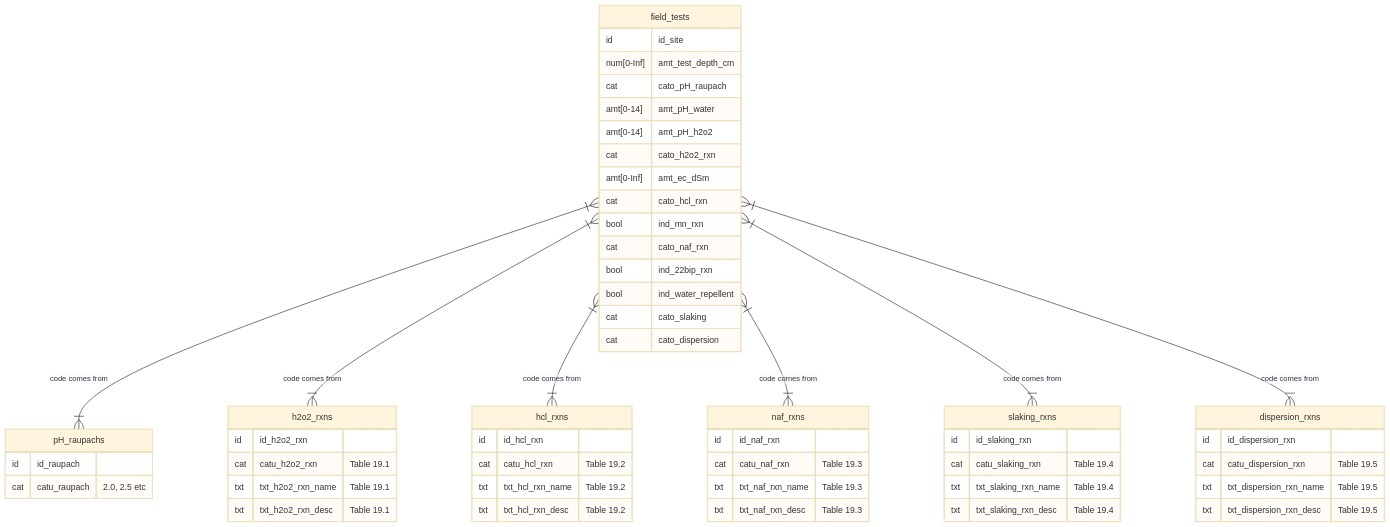
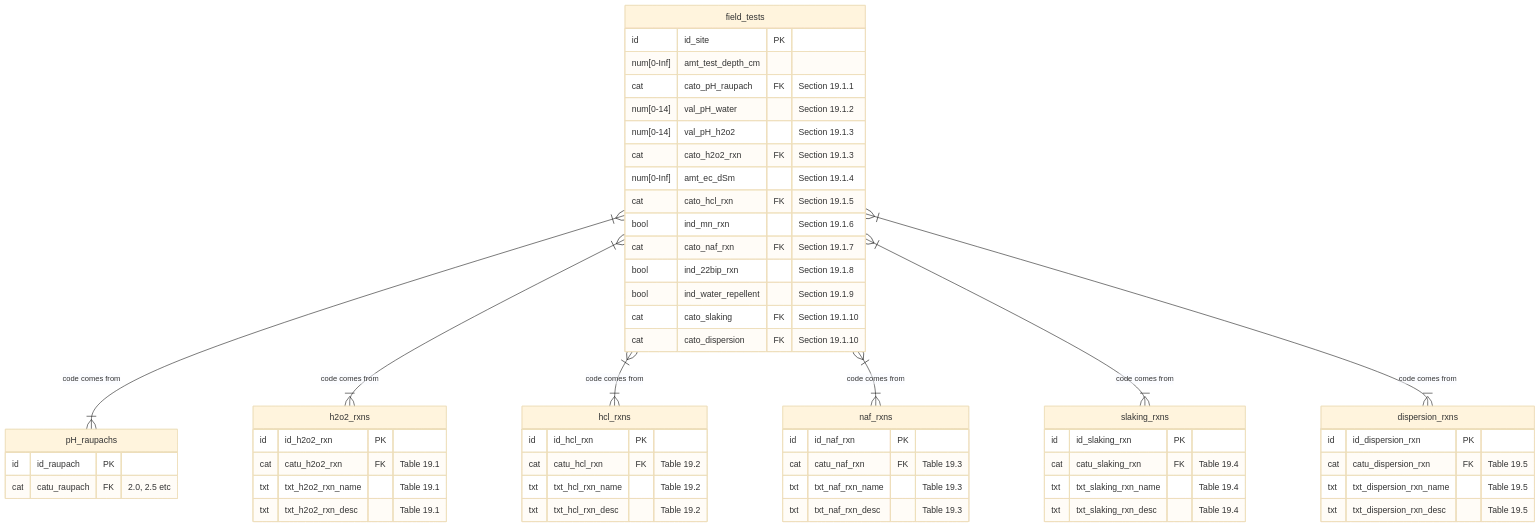
One commit to manaakiwhenua/NZ_soildesc_2024 changed diagram 21 of 25 in ap_03_database_design.qmd. Above: the diagram before and after it, drawn with Mermaid (base theme). The commit also changed other lines of this file, not shown here.

````diff
--- a/ap_03_database_design.qmd
+++ b/ap_03_database_design.qmd
@@ -1415,70 +1425,70 @@
 ```{mermaid}
 %%| fig-cap: "Horizon field tests - Details"
 
 %%{ init: { 'er': { 'layoutDirection': 'LR' } } }%%
 erDiagram
   field_tests }|--|{ pH_raupachs : "code comes from"
   field_tests }|--|{ h2o2_rxns : "code comes from"
   field_tests }|--|{ hcl_rxns : "code comes from"
   field_tests }|--|{ naf_rxns : "code comes from"
   field_tests }|--|{ slaking_rxns : "code comes from"
   field_tests }|--|{ dispersion_rxns : "code comes from"
   
   field_tests {
-    id          id_site
+    id          id_site PK
     num[0-Inf]  amt_test_depth_cm
-    cat         cato_pH_raupach
-    amt[0-14]   amt_pH_water
-    amt[0-14]   amt_pH_h2o2
-    cat         cato_h2o2_rxn
-    amt[0-Inf]  amt_ec_dSm
-    cat         cato_hcl_rxn
-    bool        ind_mn_rxn
-    cat         cato_naf_rxn
-    bool        ind_22bip_rxn
-    bool        ind_water_repellent
-    cat         cato_slaking
-    cat         cato_dispersion
+    cat         cato_pH_raupach FK "Section 19.1.1"
+    num[0-14]   val_pH_water "Section 19.1.2"
+    num[0-14]   val_pH_h2o2 "Section 19.1.3"
+    cat         cato_h2o2_rxn FK "Section 19.1.3"
+    num[0-Inf]  amt_ec_dSm "Section 19.1.4"
+    cat         cato_hcl_rxn FK "Section 19.1.5"
+    bool        ind_mn_rxn "Section 19.1.6"
+    cat         cato_naf_rxn FK "Section 19.1.7"
+    bool        ind_22bip_rxn "Section 19.1.8"
+    bool        ind_water_repellent "Section 19.1.9"
+    cat         cato_slaking FK "Section 19.1.10"
+    cat         cato_dispersion FK "Section 19.1.10"
   }
 
   pH_raupachs {
-    id          id_raupach
-    cat         catu_raupach           "2.0, 2.5 etc"
+    id          id_raupach PK
+    cat         catu_raupach FK          "2.0, 2.5 etc"
   }
 
   h2o2_rxns {
-    id          id_h2o2_rxn
-    cat         catu_h2o2_rxn            "Table 19.1"
+    id          id_h2o2_rxn PK
+    cat         catu_h2o2_rxn FK         "Table 19.1"
     txt         txt_h2o2_rxn_name        "Table 19.1"
     txt         txt_h2o2_rxn_desc        "Table 19.1"
   }
 
   hcl_rxns {
-    id          id_hcl_rxn
-    cat         catu_hcl_rxn            "Table 19.2"
+    id          id_hcl_rxn PK
+    cat         catu_hcl_rxn FK         "Table 19.2"
     txt         txt_hcl_rxn_name        "Table 19.2"
     txt         txt_hcl_rxn_desc        "Table 19.2"
   }
 
   naf_rxns {
-    id          id_naf_rxn
-    cat         catu_naf_rxn            "Table 19.3"
+    id          id_naf_rxn PK
+    cat         catu_naf_rxn FK         "Table 19.3"
     txt         txt_naf_rxn_name        "Table 19.3"
     txt         txt_naf_rxn_desc        "Table 19.3"
   }
 
   slaking_rxns {
-    id          id_slaking_rxn
-    cat         catu_slaking_rxn            "Table 19.4"
+    id          id_slaking_rxn PK
+    cat         catu_slaking_rxn FK         "Table 19.4"
     txt         txt_slaking_rxn_name        "Table 19.4"
     txt         txt_slaking_rxn_desc        "Table 19.4"
   }
   
   dispersion_rxns {
-    id          id_dispersion_rxn
-    cat         catu_dispersion_rxn            "Table 19.5"
+    id          id_dispersion_rxn PK
+    cat         catu_dispersion_rxn FK         "Table 19.5"
     txt         txt_dispersion_rxn_name        "Table 19.5"
     txt         txt_dispersion_rxn_desc        "Table 19.5"
   }
   
 ```
````
